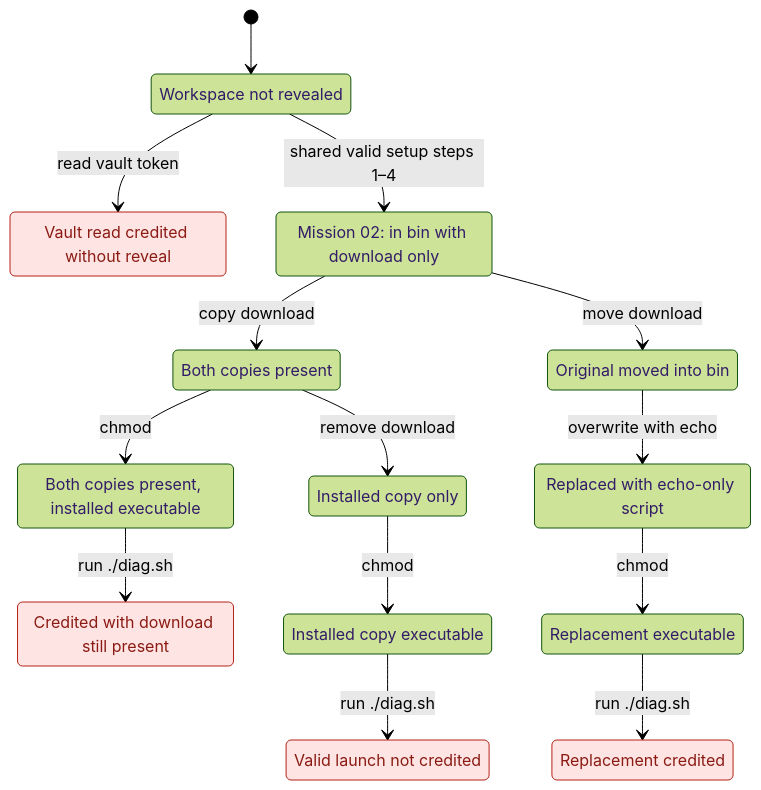
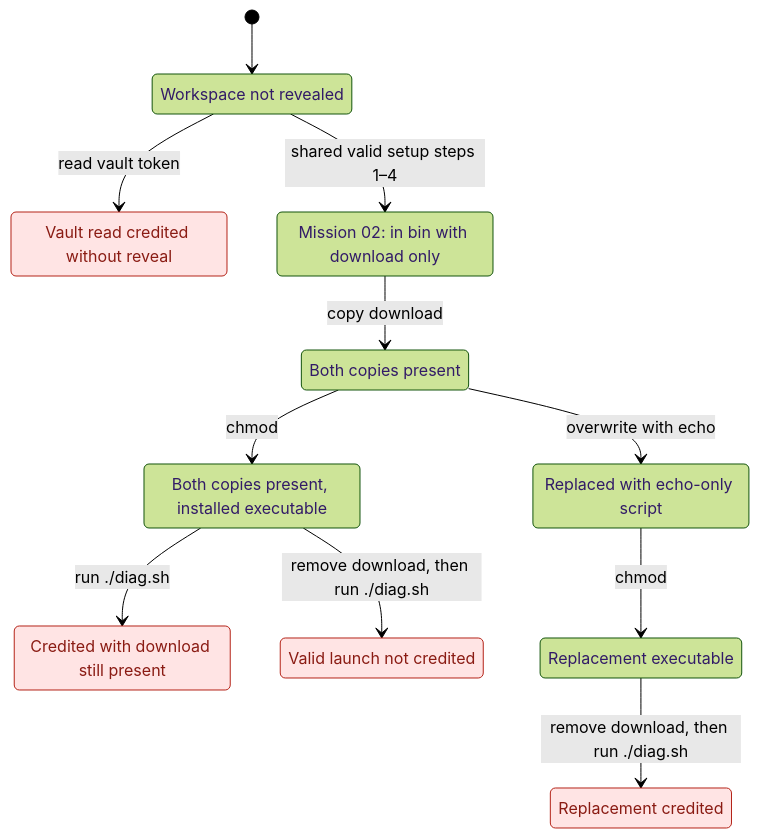
The second of 3 diagrams in formal/Mission/charts.md (hkust-asc/linux-quest), drawn with Mermaid (forest theme) before and after one commit. The commit also changed other lines of this file and 10 other files, not shown here.

````diff
--- a/formal/Mission/charts.md
+++ b/formal/Mission/charts.md
@@ -39,31 +40,25 @@
 ```mermaid
 stateDiagram-v2
   state "Workspace not revealed" as Hidden
   state "Vault read credited without reveal" as Early
   state "Mission 02: in bin with download only" as Ready
   state "Both copies present" as Copies
   state "Both copies present, installed executable" as CopiesX
   state "Credited with download still present" as Leftover
-  state "Installed copy only" as Clean
-  state "Installed copy executable" as CleanX
   state "Valid launch not credited" as Identity
-  state "Original moved into bin" as Moved
   state "Replaced with echo-only script" as Fake
   state "Replacement executable" as FakeX
   state "Replacement credited" as Spoof
   [*] --> Hidden
   Hidden --> Early: read vault token
   Hidden --> Ready: shared valid setup steps 1–4
   Ready --> Copies: copy download
   Copies --> CopiesX: chmod
   CopiesX --> Leftover: run ./diag.sh
-  Copies --> Clean: remove download
-  Clean --> CleanX: chmod
-  CleanX --> Identity: run ./diag.sh
-  Ready --> Moved: move download
-  Moved --> Fake: overwrite with echo
+  CopiesX --> Identity: remove download, then run ./diag.sh
+  Copies --> Fake: overwrite with echo
   Fake --> FakeX: chmod
-  FakeX --> Spoof: run ./diag.sh
+  FakeX --> Spoof: remove download, then run ./diag.sh
   classDef breaks fill:#ffe4e4,stroke:#b42318,color:#8a1b13
   class Early,Leftover,Identity,Spoof breaks
 ```
````
